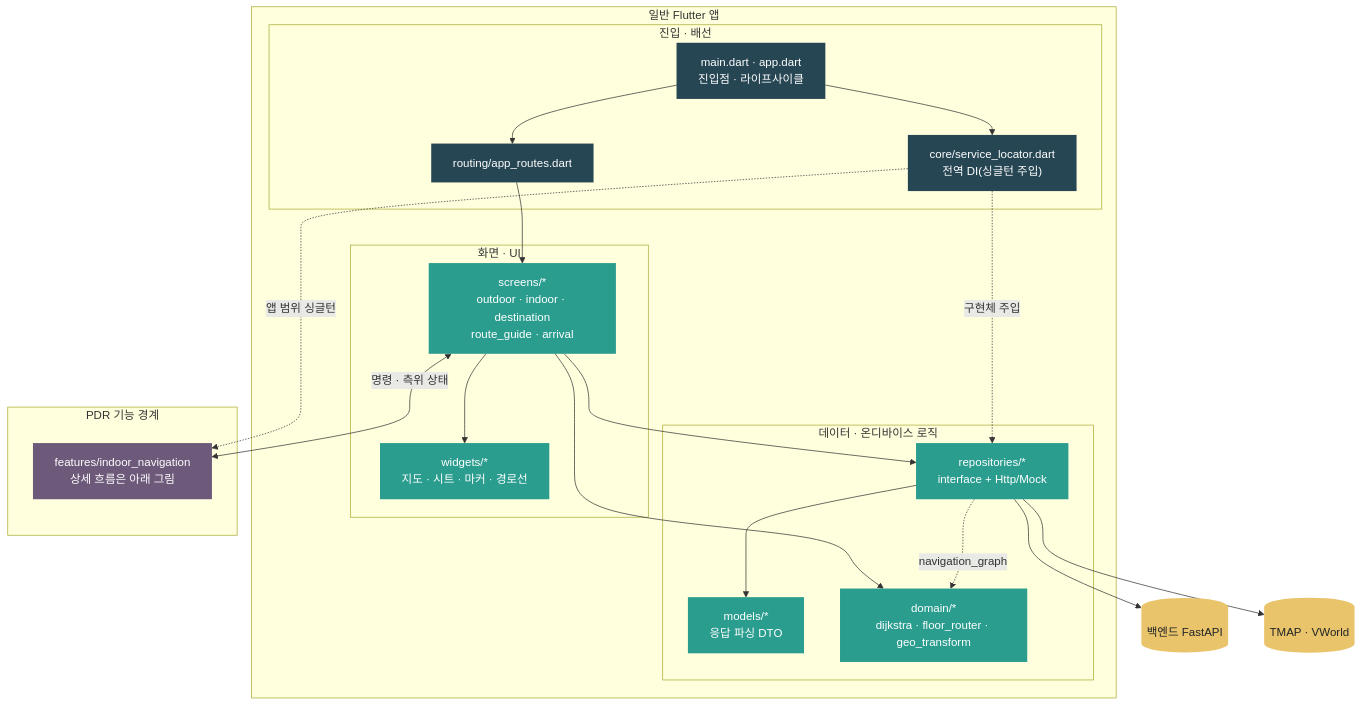
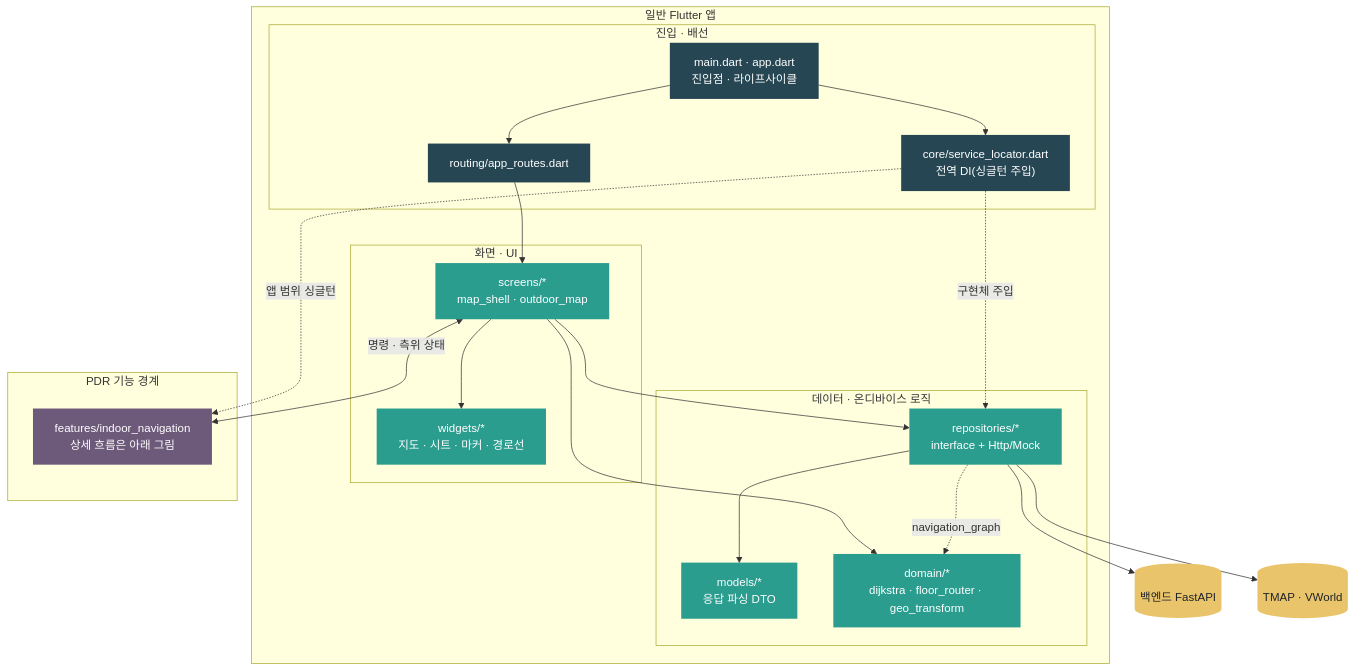
The first of 4 diagrams in client/README.md (Routex-labs/Navigation), drawn with Mermaid before and after one commit. The commit also changed other lines of this file and 32 other files, not shown here.

````diff
--- a/client/README.md
+++ b/client/README.md
@@ -87,51 +87,51 @@
 ```mermaid
 flowchart TD
     subgraph app["일반 Flutter 앱"]
         subgraph entry["진입 · 배선"]
             MAIN["main.dart · app.dart<br/>진입점 · 라이프사이클"]
             SL["core/service_locator.dart<br/>전역 DI(싱글턴 주입)"]
             ROUTES["routing/app_routes.dart"]
         end
 
         subgraph ui["화면 · UI"]
-            SCREENS["screens/*<br/>outdoor · indoor · destination<br/>route_guide · arrival"]
+            SCREENS["screens/*<br/>map_shell · outdoor_map"]
             WIDGETS["widgets/*<br/>지도 · 시트 · 마커 · 경로선"]
         end
 
         subgraph data["데이터 · 온디바이스 로직"]
             REPO["repositories/*<br/>interface + Http/Mock"]
             MODELS["models/*<br/>응답 파싱 DTO"]
             DOMAIN["domain/*<br/>dijkstra · floor_router · geo_transform"]
         end
 
         MAIN --> SL
         MAIN --> ROUTES --> SCREENS
         SL -. "구현체 주입" .-> REPO
         SCREENS --> WIDGETS
         SCREENS --> REPO
         REPO --> MODELS
         REPO -. "navigation_graph" .-> DOMAIN
         SCREENS --> DOMAIN
     end
 
     subgraph pdr["PDR 기능 경계"]
         PDR["features/indoor_navigation<br/>상세 흐름은 아래 그림"]
     end
 
     BE[("백엔드 FastAPI")]
     EXT[("TMAP · VWorld")]
 
     REPO --> BE
     REPO --> EXT
     SL -. "앱 범위 싱글턴" .-> PDR
     SCREENS <-->|명령 · 측위 상태| PDR
 
     classDef e fill:#264653,color:#fff,stroke:none
     classDef c fill:#2a9d8f,color:#fff,stroke:none
     classDef s fill:#e9c46a,color:#212529,stroke:none
     classDef p fill:#6d597a,color:#fff,stroke:none
     class MAIN,SL,ROUTES e
     class SCREENS,WIDGETS,REPO,MODELS,DOMAIN c
     class BE,EXT s
     class PDR p
 ```
````
